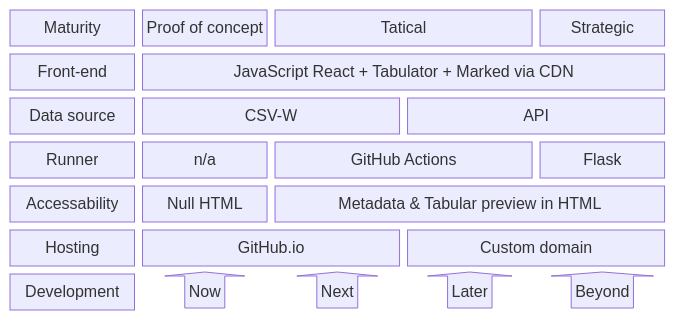
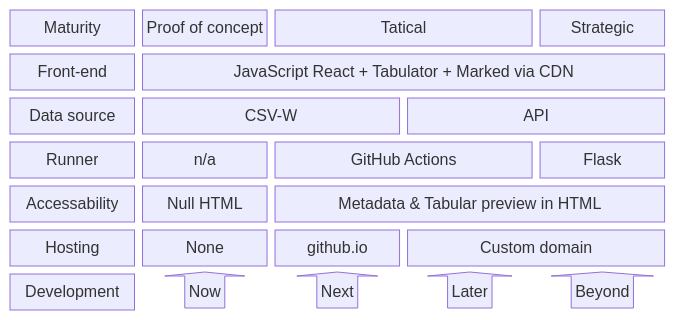
Before and after one commit to canwaf/theia: the diagram in README.md, drawn with Mermaid. The commit also changed other lines of this file, not shown here.

Commit message:
Moar readme

````diff
--- a/README.md
+++ b/README.md
@@ -26,11 +28,11 @@
 ```mermaid
 block-beta
   columns 5
   1a["Maturity"]:1 1b["Proof of concept"]:1 2c["Tatical"]:2 3d["Strategic"]:1
   2a["Front-end"]:1 2b["JavaScript React + Tabulator + Marked via CDN"]:4
   3a["Data source"]:1 3b["CSV-W"]:2 3c["API"]:2
   4a["Runner"]:1 4b["n/a"]:1 4c["GitHub Actions"]:2 4d["Flask"]:1
   5a["Accessability"]:1 5b["Null HTML"]:1 5c["Metadata & Tabular preview in HTML"]:3
-  6a["Hosting"]:1 6b["GitHub.io"]:2 6c["Custom domain"]:2
+  6a["Hosting"]:1 6b["None"]:1 6c["github.io"]:1 6d["Custom domain"]:2
   7a["Development "]:1 7b<["Now"]>(up):1 7c<["Next"]>(up):1 7d<["Later"]>(up):1 7e<["Beyond"]>(up):1
 ```
````
